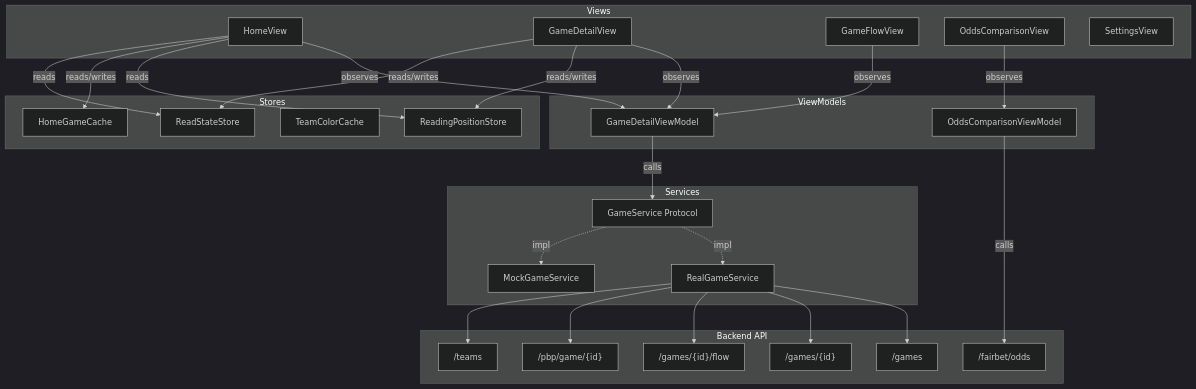
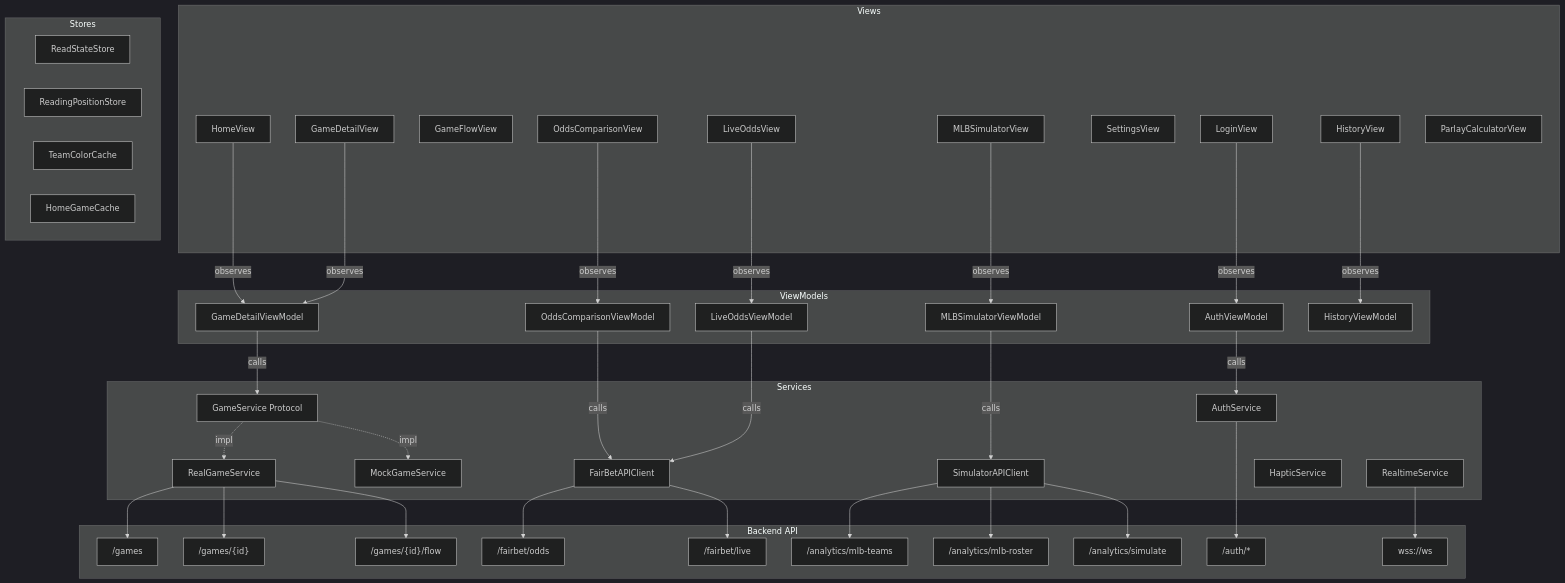
The diagram in docs/architecture.md (dock108dev/scroll-down-ios), drawn with Mermaid (dark theme) before and after one commit. The commit also changed other lines of this file and 7 other files, not shown here.

First line of the commit message:
Update README and refactor DerivedMetrics and GameDetailViewModel

````diff
--- a/docs/architecture.md
+++ b/docs/architecture.md
@@ -11,18 +11,32 @@
         GDV[GameDetailView]
         GFV[GameFlowView]
         OCV[OddsComparisonView]
+        LOV[LiveOddsView]
+        SIM[MLBSimulatorView]
         SV[SettingsView]
+        LV[LoginView]
+        HIS[HistoryView]
+        PC[ParlayCalculatorView]
     end
 
     subgraph ViewModels
         GDVM[GameDetailViewModel]
         OCVM[OddsComparisonViewModel]
+        LOVM[LiveOddsViewModel]
+        SIMVM[MLBSimulatorViewModel]
+        AVM[AuthViewModel]
+        HISVM[HistoryViewModel]
     end
 
     subgraph Services
         GS[GameService Protocol]
         RGS[RealGameService]
         MGS[MockGameService]
+        FBAPI[FairBetAPIClient]
+        SAPI[SimulatorAPIClient]
+        AUTH[AuthService]
+        RT[RealtimeService]
+        HS[HapticService]
     end
 
     subgraph Stores
@@ -36,18 +50,28 @@
         GAMES["/games"]
         DETAIL["/games/{id}"]
         FLOW["/games/{id}/flow"]
-        PBP["/pbp/game/{id}"]
-        TEAMS["/teams"]
         ODDS["/fairbet/odds"]
+        LIVE["/fairbet/live"]
+        TEAMS_API["/analytics/mlb-teams"]
+        ROSTER["/analytics/mlb-roster"]
+        SIMULATE["/analytics/simulate"]
+        AUTHEP["/auth/*"]
+        WS["wss://ws"]
     end
 
     HV -->|observes| GDVM
     GDV -->|observes| GDVM
-    GFV -->|observes| GDVM
     OCV -->|observes| OCVM
+    LOV -->|observes| LOVM
+    SIM -->|observes| SIMVM
+    LV -->|observes| AVM
+    HIS -->|observes| HISVM
 
     GDVM -->|calls| GS
-    OCVM -->|calls| ODDS
+    OCVM -->|calls| FBAPI
+    LOVM -->|calls| FBAPI
+    SIMVM -->|calls| SAPI
+    AVM -->|calls| AUTH
 
     GS -.->|impl| RGS
     GS -.->|impl| MGS
@@ -55,12 +79,11 @@
     RGS --> GAMES
     RGS --> DETAIL
     RGS --> FLOW
-    RGS --> PBP
-    RGS --> TEAMS
-
-    GDV -->|reads/writes| RPS
-    GDV -->|reads/writes| RSS
-    HV -->|reads| RPS
-    HV -->|reads/writes| HGC
-    HV -->|reads| RSS
+    FBAPI --> ODDS
+    FBAPI --> LIVE
+    SAPI --> TEAMS_API
+    SAPI --> ROSTER
+    SAPI --> SIMULATE
+    AUTH --> AUTHEP
+    RT --> WS
 ```
````
